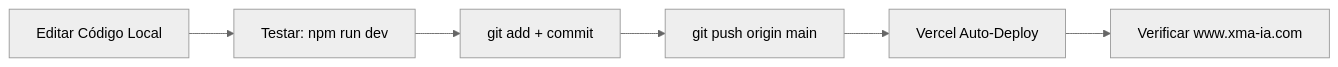
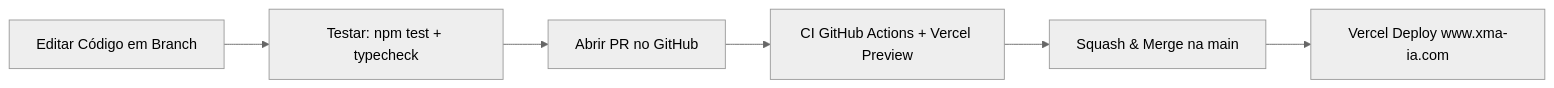
One commit to ivandirfilho/Site-Xma-ia changed the second of 3 diagrams in INFRAESTRUTURA_XMAIA.md. Above: the diagram before and after it, drawn with Mermaid (neutral theme). The commit also changed other lines of this file, not shown here.

````diff
--- a/INFRAESTRUTURA_XMAIA.md
+++ b/INFRAESTRUTURA_XMAIA.md
@@ -339,8 +340,8 @@
 ```mermaid
 graph LR
-    A[Editar Código Local] --> B[Testar: npm run dev]
-    B --> C[git add + commit]
-    C --> D[git push origin main]
-    D --> E[Vercel Auto-Deploy]
-    E --> F[Verificar www.xma-ia.com]
+    A[Editar Código em Branch] --> B[Testar: npm test + typecheck]
+    B --> C[Abrir PR no GitHub]
+    C --> D[CI GitHub Actions + Vercel Preview]
+    D --> E[Squash & Merge na main]
+    E --> F[Vercel Deploy www.xma-ia.com]
 ```
````
